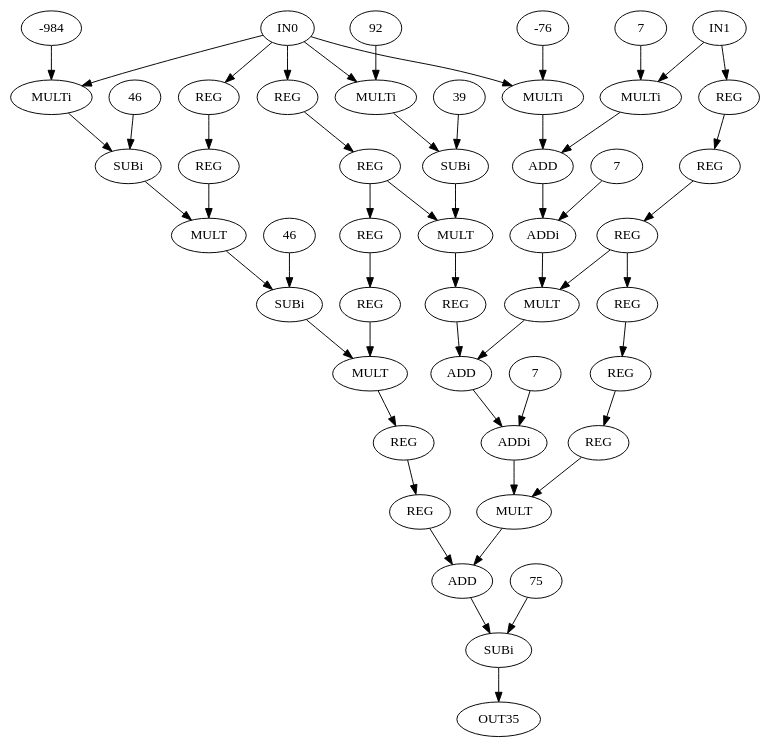
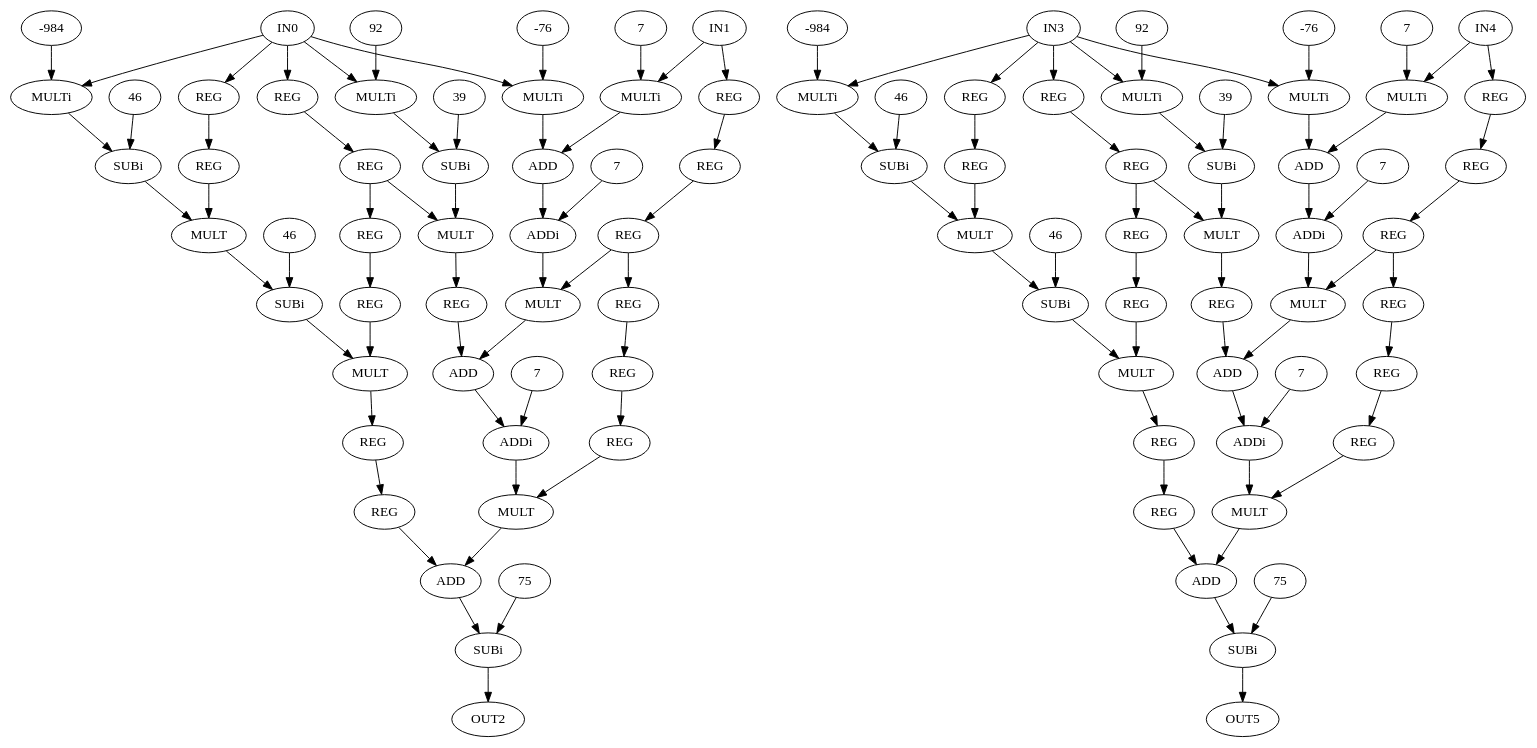
One commit to lesc-ufv/fdam changed the diagram in fdam-samples/fdam-cgra-samples/cgra_128_radix8/sw/cpp/dot_dataflows/sgfilter.dot. Above: the diagram before and after it, drawn with Graphviz. The commit also changed 12 other files, not shown here.

```diff
--- a/fdam-samples/fdam-cgra-samples/cgra_128_radix8/sw/cpp/dot_dataflows/sgfilter.dot
+++ b/fdam-samples/fdam-cgra-samples/cgra_128_radix8/sw/cpp/dot_dataflows/sgfilter.dot
@@ -1,100 +1,198 @@
-digraph Sgfilter{
+digraph sgfilter{
  0 [ label = IN0 ]
  1 [ label = IN1 ]
- 2 [ label = REG]
- 3 [ label = REG]
- 4 [ label = REG]
- 5 [ label = REG]
+ 2 [ label = OUT2 ]
+ 3 [ label = IN3 ]
+ 4 [ label = IN4 ]
+ 5 [ label = OUT5 ]
  6 [ label = REG]
  7 [ label = REG]
  8 [ label = REG]
  9 [ label = REG]
  10 [ label = REG]
  11 [ label = REG]
  12 [ label = REG]
  13 [ label = REG]
  14 [ label = REG]
  15 [ label = REG]
  16 [ label = REG]
- 17 [ label = MULTi, VALUE = 92]
- "17.92"[ label = 92 ]
- 18 [ label = MULTi, VALUE = -984]
- "18.-984"[ label = -984 ]
- 19 [ label = MULTi, VALUE = -76]
- "19.-76"[ label = -76 ]
- 20 [ label = MULTi, VALUE = 7]
- "20.7"[ label = 7 ]
- 21 [ label = SUBi, VALUE = 46]
- "21.46"[ label = 46 ]
- 22 [ label = SUBi, VALUE = 39]
- "22.39"[ label = 39 ]
- 23 [ label = ADD]
- 24 [ label = MULT]
- 25 [ label = MULT]
- 26 [ label = ADDi, VALUE = 7]
- "26.7"[ label = 7 ]
- 27 [ label = SUBi, VALUE = 46]
- "27.46"[ label = 46 ]
+ 17 [ label = REG]
+ 18 [ label = REG]
+ 19 [ label = REG]
+ 20 [ label = REG]
+ 21 [ label = MULTi, VALUE = 92]
+ "21.92"[ label = 92 ]
+ 22 [ label = MULTi, VALUE = -984]
+ "22.-984"[ label = -984 ]
+ 23 [ label = MULTi, VALUE = -76]
+ "23.-76"[ label = -76 ]
+ 24 [ label = MULTi, VALUE = 7]
+ "24.7"[ label = 7 ]
+ 25 [ label = SUBi, VALUE = 46]
+ "25.46"[ label = 46 ]
+ 26 [ label = SUBi, VALUE = 39]
+ "26.39"[ label = 39 ]
+ 27 [ label = ADD]
  28 [ label = MULT]
  29 [ label = MULT]
- 30 [ label = ADD]
- 31 [ label = ADDi, VALUE = 7]
- "31.7"[ label = 7 ]
+ 30 [ label = ADDi, VALUE = 7]
+ "30.7"[ label = 7 ]
+ 31 [ label = SUBi, VALUE = 46]
+ "31.46"[ label = 46 ]
  32 [ label = MULT]
- 33 [ label = ADD]
- 34 [ label = SUBi, VALUE = 75]
- "34.75"[ label = 75 ]
- 35 [ label = OUT35 ]
- 0 -> 17
- 0 -> 18
- 0 -> 19
- 0 -> 12
- 0 -> 2
- 1 -> 20
- 1 -> 6
- 2 -> 3
- 3 -> 4
- 3 -> 25
- 4 -> 5
- 5 -> 29
+ 33 [ label = MULT]
+ 34 [ label = ADD]
+ 35 [ label = ADDi, VALUE = 7]
+ "35.7"[ label = 7 ]
+ 36 [ label = MULT]
+ 37 [ label = ADD]
+ 38 [ label = SUBi, VALUE = 75]
+ "38.75"[ label = 75 ]
+ 39 [ label = REG]
+ 40 [ label = REG]
+ 41 [ label = REG]
+ 42 [ label = REG]
+ 43 [ label = REG]
+ 44 [ label = REG]
+ 45 [ label = REG]
+ 46 [ label = REG]
+ 47 [ label = REG]
+ 48 [ label = REG]
+ 49 [ label = REG]
+ 50 [ label = REG]
+ 51 [ label = REG]
+ 52 [ label = REG]
+ 53 [ label = REG]
+ 54 [ label = MULTi, VALUE = 92]
+ "54.92"[ label = 92 ]
+ 55 [ label = MULTi, VALUE = -984]
+ "55.-984"[ label = -984 ]
+ 56 [ label = MULTi, VALUE = -76]
+ "56.-76"[ label = -76 ]
+ 57 [ label = MULTi, VALUE = 7]
+ "57.7"[ label = 7 ]
+ 58 [ label = SUBi, VALUE = 46]
+ "58.46"[ label = 46 ]
+ 59 [ label = SUBi, VALUE = 39]
+ "59.39"[ label = 39 ]
+ 60 [ label = ADD]
+ 61 [ label = MULT]
+ 62 [ label = MULT]
+ 63 [ label = ADDi, VALUE = 7]
+ "63.7"[ label = 7 ]
+ 64 [ label = SUBi, VALUE = 46]
+ "64.46"[ label = 46 ]
+ 65 [ label = MULT]
+ 66 [ label = MULT]
+ 67 [ label = ADD]
+ 68 [ label = ADDi, VALUE = 7]
+ "68.7"[ label = 7 ]
+ 69 [ label = MULT]
+ 70 [ label = ADD]
+ 71 [ label = SUBi, VALUE = 75]
+ "71.75"[ label = 75 ]
+ 0 -> 21
+ 0 -> 22
+ 0 -> 23
+ 0 -> 16
+ 0 -> 6
+ 1 -> 24
+ 1 -> 10
+ 3 -> 54
+ 3 -> 55
+ 3 -> 56
+ 3 -> 49
+ 3 -> 39
+ 4 -> 57
+ 4 -> 43
  6 -> 7
  7 -> 8
+ 7 -> 29
  8 -> 9
- 8 -> 28
- 9 -> 10
+ 9 -> 33
  10 -> 11
- 11 -> 32
+ 11 -> 12
  12 -> 13
- 13 -> 24
- 14 -> 30
- 15 -> 16
- 16 -> 33
- "17.92" -> 17
- 17 -> 22
- "18.-984" -> 18
- 18 -> 21
- "19.-76" -> 19
- 19 -> 23
- "20.7" -> 20
- 20 -> 23
- "21.46" -> 21
- 21 -> 24
- "22.39" -> 22
+ 12 -> 32
+ 13 -> 14
+ 14 -> 15
+ 15 -> 36
+ 16 -> 17
+ 17 -> 28
+ 18 -> 34
+ 19 -> 20
+ 20 -> 37
+ "21.92" -> 21
+ 21 -> 26
+ "22.-984" -> 22
  22 -> 25
- 23 -> 26
+ "23.-76" -> 23
+ 23 -> 27
+ "24.7" -> 24
  24 -> 27
- 25 -> 14
- "26.7" -> 26
- 26 -> 28
- "27.46" -> 27
- 27 -> 29
- 28 -> 30
- 29 -> 15
- 30 -> 31
- "31.7" -> 31
- 31 -> 32
- 32 -> 33
- 33 -> 34
- "34.75" -> 34
+ "25.46" -> 25
+ 25 -> 28
+ "26.39" -> 26
+ 26 -> 29
+ 27 -> 30
+ 28 -> 31
+ 29 -> 18
+ "30.7" -> 30
+ 30 -> 32
+ "31.46" -> 31
+ 31 -> 33
+ 32 -> 34
+ 33 -> 19
  34 -> 35
+ "35.7" -> 35
+ 35 -> 36
+ 36 -> 37
+ 37 -> 38
+ "38.75" -> 38
+ 38 -> 2
+ 39 -> 40
+ 40 -> 41
+ 40 -> 62
+ 41 -> 42
+ 42 -> 66
+ 43 -> 44
+ 44 -> 45
+ 45 -> 46
+ 45 -> 65
+ 46 -> 47
+ 47 -> 48
+ 48 -> 69
+ 49 -> 50
+ 50 -> 61
+ 51 -> 67
+ 52 -> 53
+ 53 -> 70
+ "54.92" -> 54
+ 54 -> 59
+ "55.-984" -> 55
+ 55 -> 58
+ "56.-76" -> 56
+ 56 -> 60
+ "57.7" -> 57
+ 57 -> 60
+ "58.46" -> 58
+ 58 -> 61
+ "59.39" -> 59
+ 59 -> 62
+ 60 -> 63
+ 61 -> 64
+ 62 -> 51
+ "63.7" -> 63
+ 63 -> 65
+ "64.46" -> 64
+ 64 -> 66
+ 65 -> 67
+ 66 -> 52
+ 67 -> 68
+ "68.7" -> 68
+ 68 -> 69
+ 69 -> 70
+ 70 -> 71
+ "71.75" -> 71
+ 71 -> 5
 }
```
